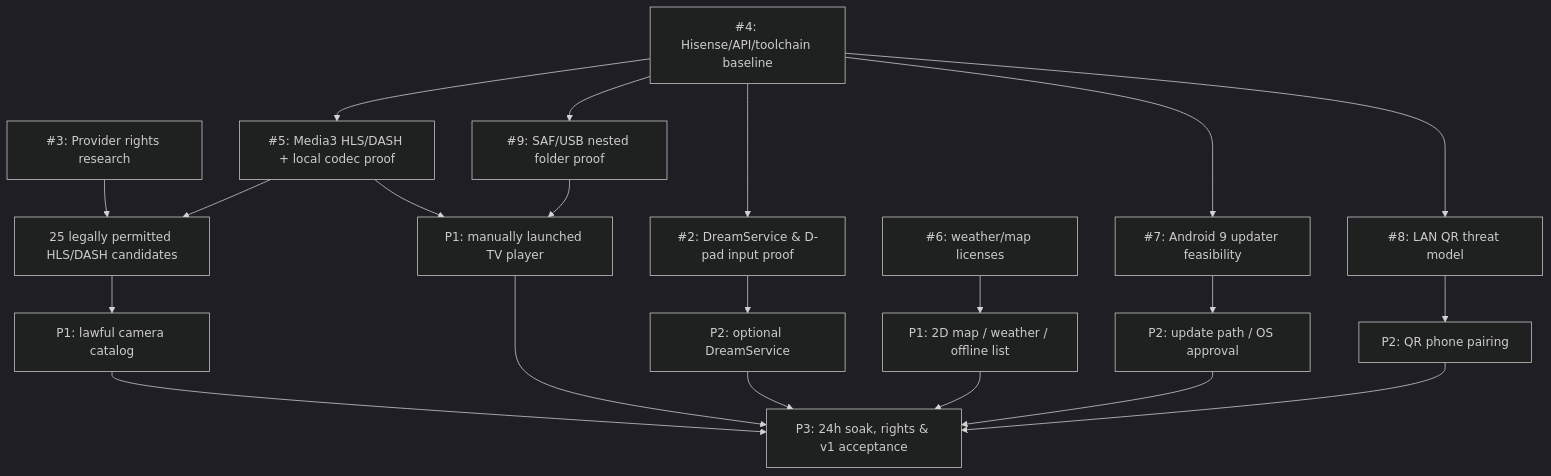
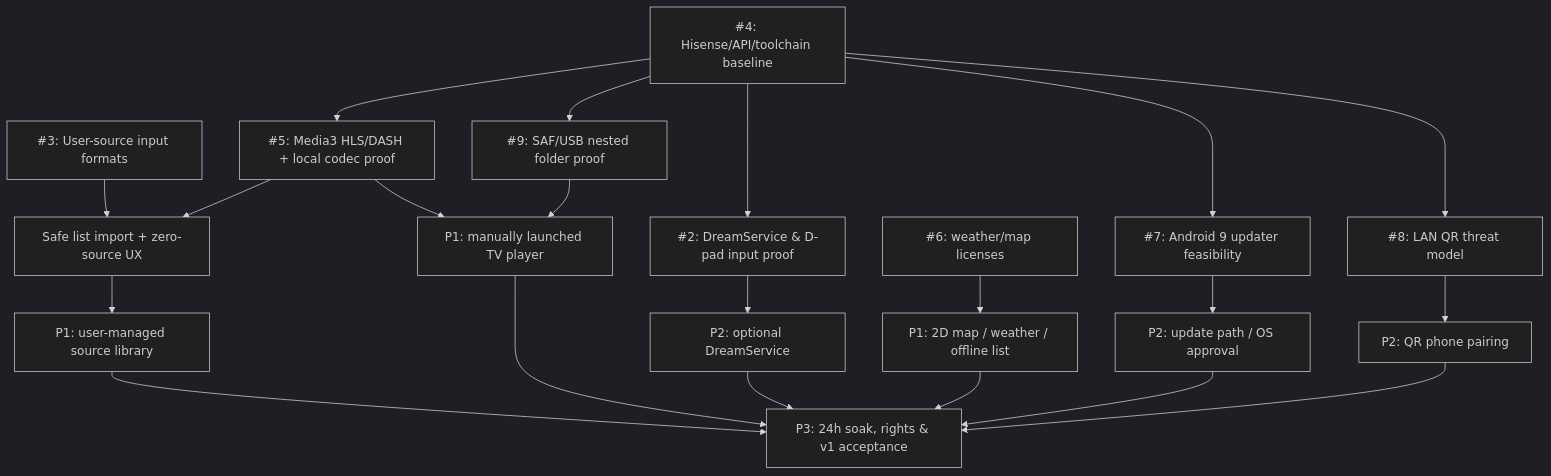
Before and after one commit to murilaiooo/openvista: the diagram in docs/implementation/critical-path.md, drawn with Mermaid (dark theme). The commit also changed other lines of this file and 38 other files, not shown here.

````diff
--- a/docs/implementation/critical-path.md
+++ b/docs/implementation/critical-path.md
@@ -7,23 +7,23 @@
 ```mermaid
 flowchart TD
     A["#4: Hisense/API/toolchain baseline"] --> B["#5: Media3 HLS/DASH + local codec proof"]
     A --> C["#2: DreamService & D-pad input proof"]
     A --> D["#9: SAF/USB nested folder proof"]
     A --> H["#7: Android 9 updater feasibility"]
     A --> I["#8: LAN QR threat model"]
-    E["#3: Provider rights research"] --> F["25 legally permitted HLS/DASH candidates"]
+    E["#3: User-source input formats"] --> F["Safe list import + zero-source UX"]
     B --> F
-    F --> J["P1: lawful camera catalog"]
+    F --> J["P1: user-managed source library"]
     B --> K["P1: manually launched TV player"]
     D --> K
     C --> L["P2: optional DreamService"]
     G["#6: weather/map licenses"] --> M["P1: 2D map / weather / offline list"]
     H --> N["P2: update path / OS approval"]
     I --> O["P2: QR phone pairing"]
     J --> P["P3: 24h soak, rights & v1 acceptance"]
     K --> P
     L --> P
     M --> P
     N --> P
     O --> P
 ```
````
